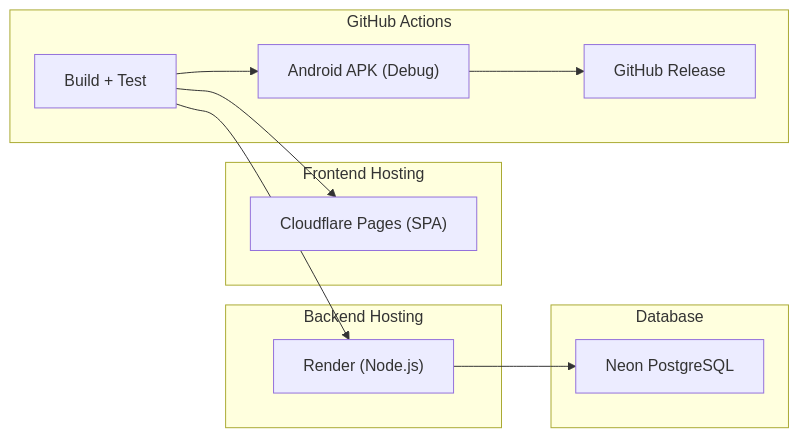
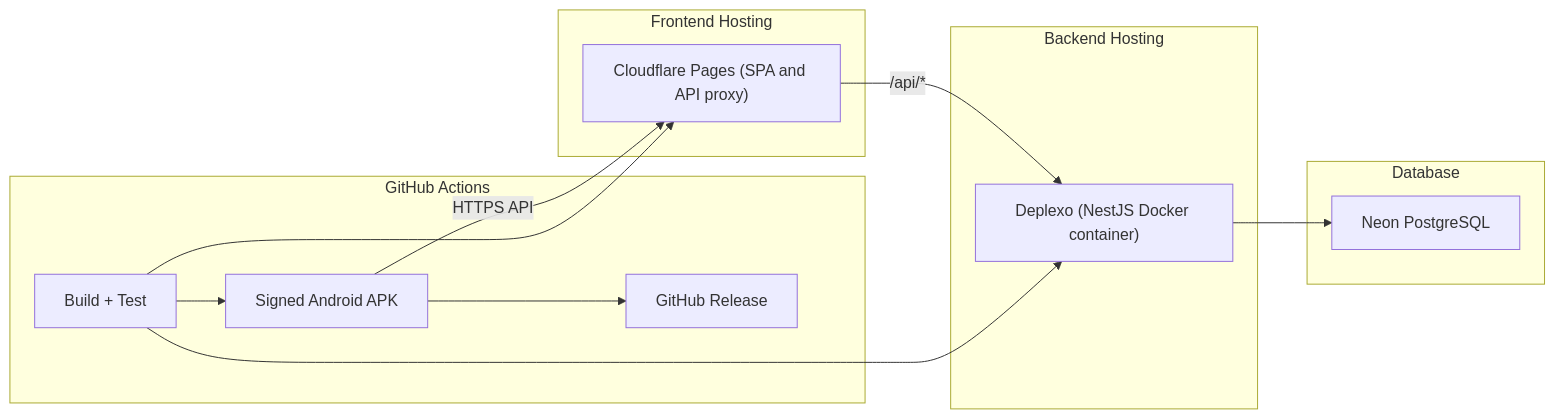
The seventh of 7 diagrams in docs/architecture_analysis.md (farzad-bahadorifar/mehrchain), drawn with Mermaid before and after one commit. The commit also changed other lines of this file and 40 other files, not shown here.

Commit message:
Document Deplexo production hosting and Android 1.0.0 compatibility [skip ci] [skip render]

````diff
--- a/docs/architecture_analysis.md
+++ b/docs/architecture_analysis.md
@@ -335,26 +335,28 @@
 ```mermaid
 graph LR
     subgraph CI["GitHub Actions"]
         Build["Build + Test"]
-        APK["Android APK (Debug)"]
+        APK["Signed Android APK"]
         Release["GitHub Release"]
     end
 
     subgraph Frontend["Frontend Hosting"]
-        Cloudflare["Cloudflare Pages (SPA)"]
+        Cloudflare["Cloudflare Pages (SPA and API proxy)"]
     end
 
     subgraph Backend["Backend Hosting"]
-        Render["Render (Node.js)"]
+        Deplexo["Deplexo (NestJS Docker container)"]
     end
 
     subgraph Data["Database"]
         Neon["Neon PostgreSQL"]
     end
 
     Build --> APK
     APK --> Release
     Build --> Cloudflare
-    Build --> Render
-    Render --> Neon
+    Build --> Deplexo
+    APK -->|HTTPS API| Cloudflare
+    Cloudflare -->|/api/*| Deplexo
+    Deplexo --> Neon
 ```
````
